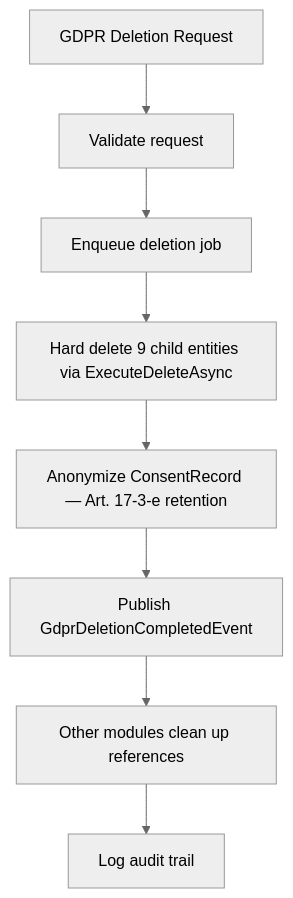
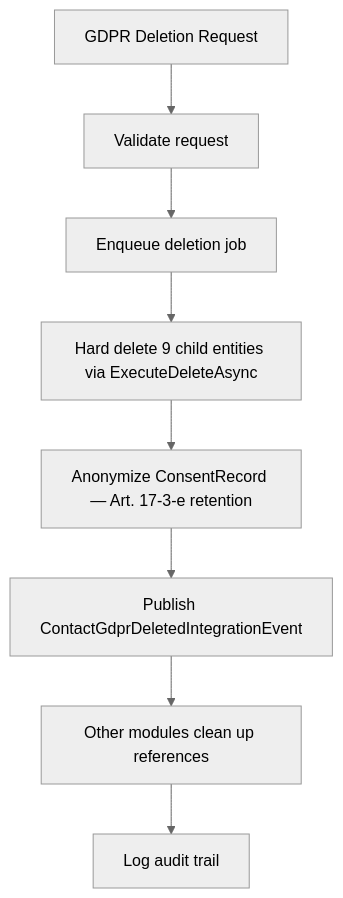
The diagram in docs/decisions/0008-gdpr-deletion-strategy.md (cemililik/Nexora), drawn with Mermaid (neutral theme) before and after one commit. The commit also changed other lines of this file and 72 other files, not shown here.

````diff
--- a/docs/decisions/0008-gdpr-deletion-strategy.md
+++ b/docs/decisions/0008-gdpr-deletion-strategy.md
@@ -32,10 +34,10 @@
 ```mermaid
 flowchart TD
     A[GDPR Deletion Request] --> B[Validate request]
     B --> C[Enqueue deletion job]
     C --> D[Hard delete 9 child entities via ExecuteDeleteAsync]
     D --> E[Anonymize ConsentRecord — Art. 17-3-e retention]
-    E --> F[Publish GdprDeletionCompletedEvent]
+    E --> F[Publish ContactGdprDeletedIntegrationEvent]
     F --> G[Other modules clean up references]
     G --> H[Log audit trail]
 ```
````
